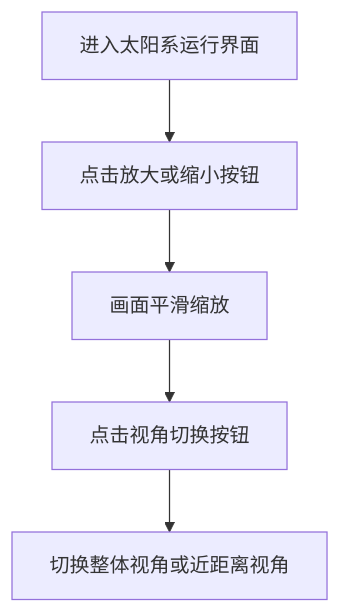
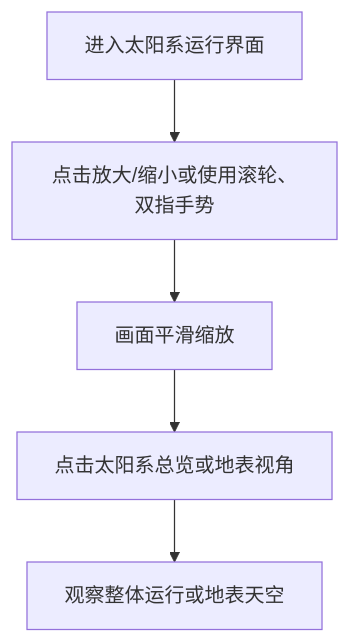
The third of 8 diagrams in docs/用户操作流程图.md (shf241/solarkids), drawn with Mermaid before and after one commit. The commit also changed other lines of this file and 7 other files, not shown here.

````diff
--- a/docs/用户操作流程图.md
+++ b/docs/用户操作流程图.md
@@ -49,7 +48,7 @@
 ```mermaid
 flowchart TD
-    A["进入太阳系运行界面"] --> B["点击放大或缩小按钮"]
+    A["进入太阳系运行界面"] --> B["点击放大/缩小或使用滚轮、双指手势"]
     B --> C["画面平滑缩放"]
-    C --> D["点击视角切换按钮"]
-    D --> E["切换整体视角或近距离视角"]
+    C --> D["点击太阳系总览或地表视角"]
+    D --> E["观察整体运行或地表天空"]
 ```
````
